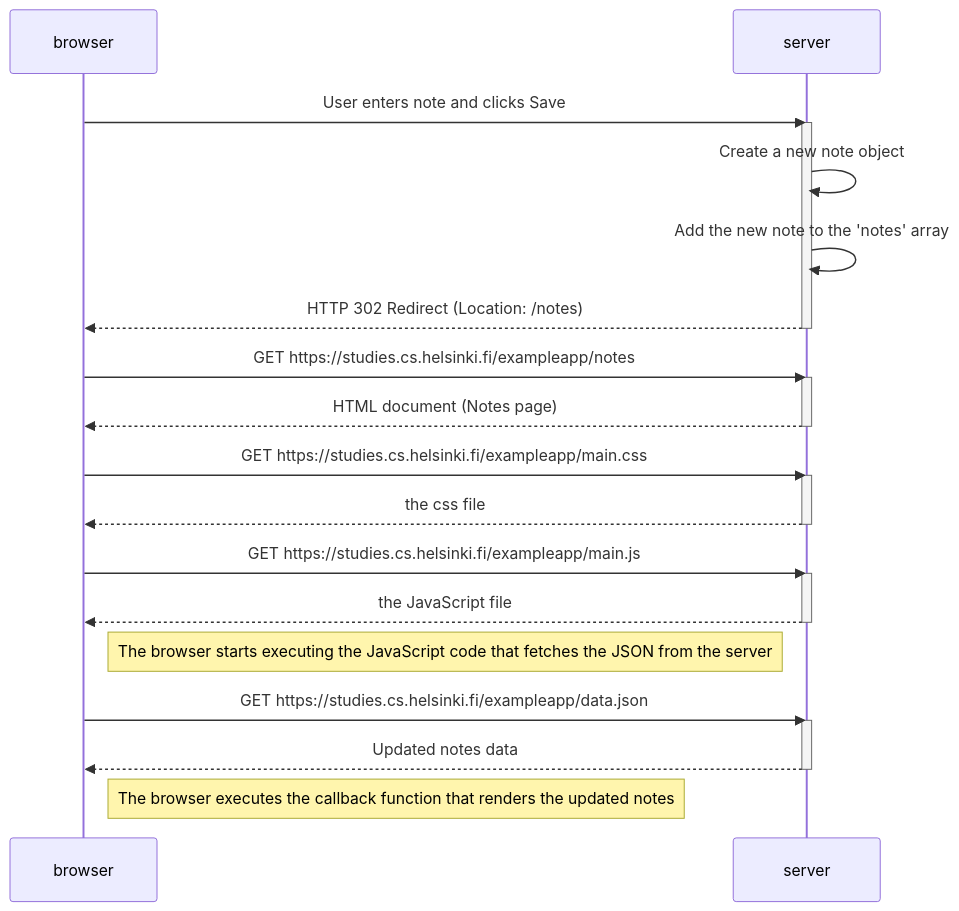
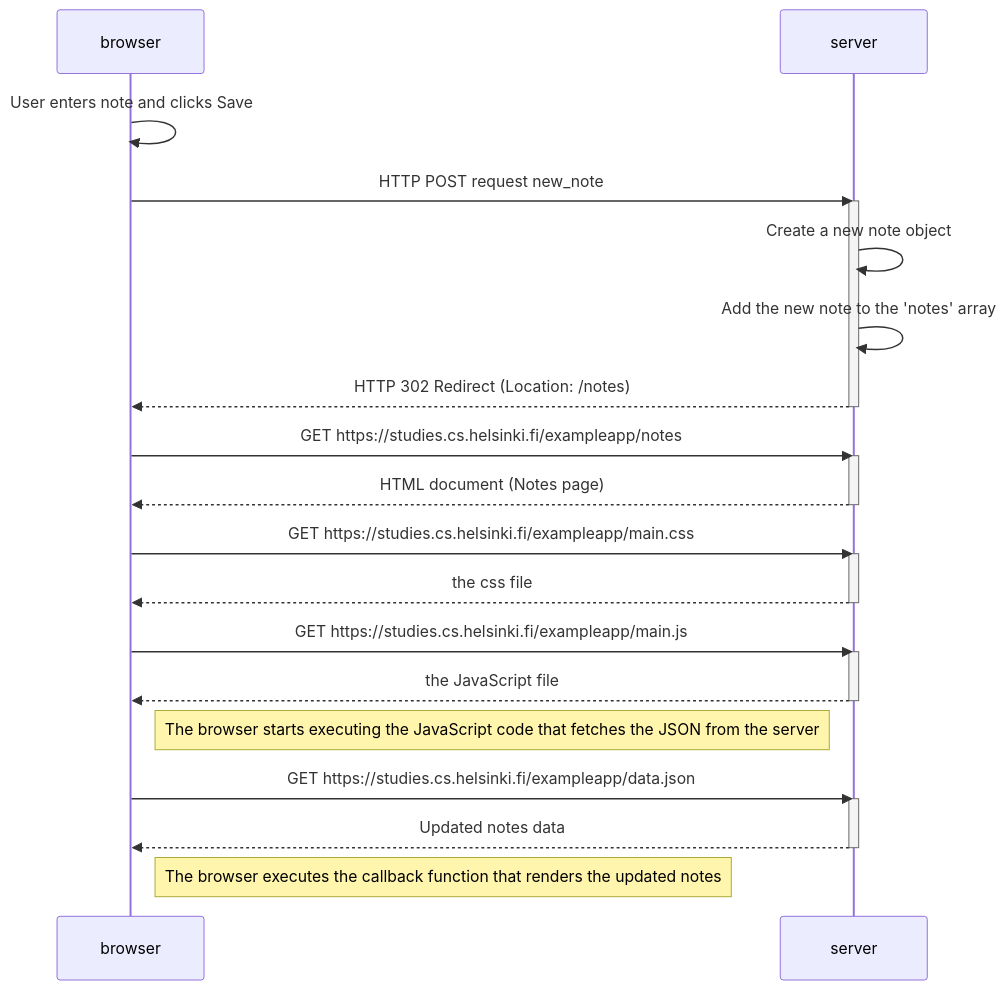
Before and after one commit to bxthirteen/part0: the diagram in 4.md, drawn with Mermaid.

````diff
--- a/4.md
+++ b/4.md
@@ -1,39 +1,40 @@
 ```mermaid
 sequenceDiagram
     participant browser
     participant server
     
 
    %% Creating a New Note
-    browser->>server: User enters note and clicks Save
+    browser->>browser: User enters note and clicks Save
+    browser->>server: HTTP POST request new_note
     activate server
     server->>server: Create a new note object
     server->>server: Add the new note to the 'notes' array
     server-->>browser: HTTP 302 Redirect (Location: /notes)
     deactivate server
 
    %% Reloading Notes Page
     browser->>server: GET https://studies.cs.helsinki.fi/exampleapp/notes
     activate server
     server-->>browser: HTML document (Notes page)
     deactivate server
 
     browser->>server: GET https://studies.cs.helsinki.fi/exampleapp/main.css
     activate server
     server-->>browser: the css file
     deactivate server
 
     browser->>server: GET https://studies.cs.helsinki.fi/exampleapp/main.js
     activate server
     server-->>browser: the JavaScript file
     deactivate server
 
     Note right of browser: The browser starts executing the JavaScript code that fetches the JSON from the server
 
     browser->>server: GET https://studies.cs.helsinki.fi/exampleapp/data.json
     activate server
     server-->>browser: Updated notes data
     deactivate server
 
     Note right of browser: The browser executes the callback function that renders the updated notes
 ```
````
